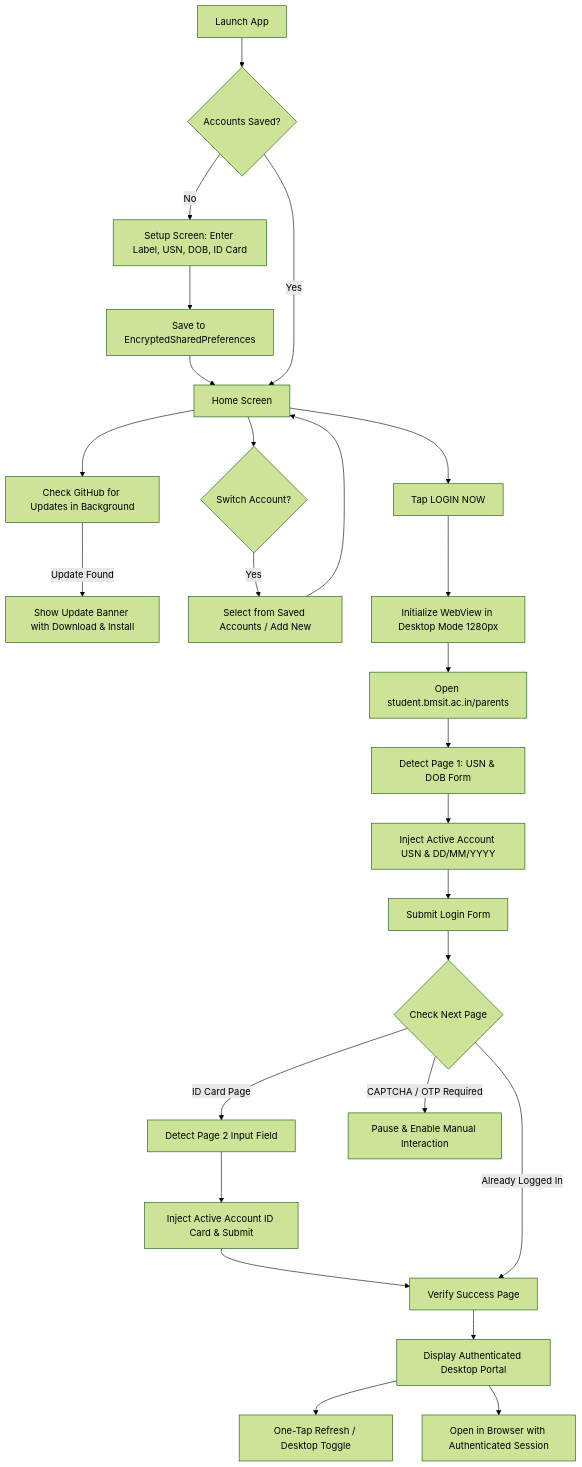
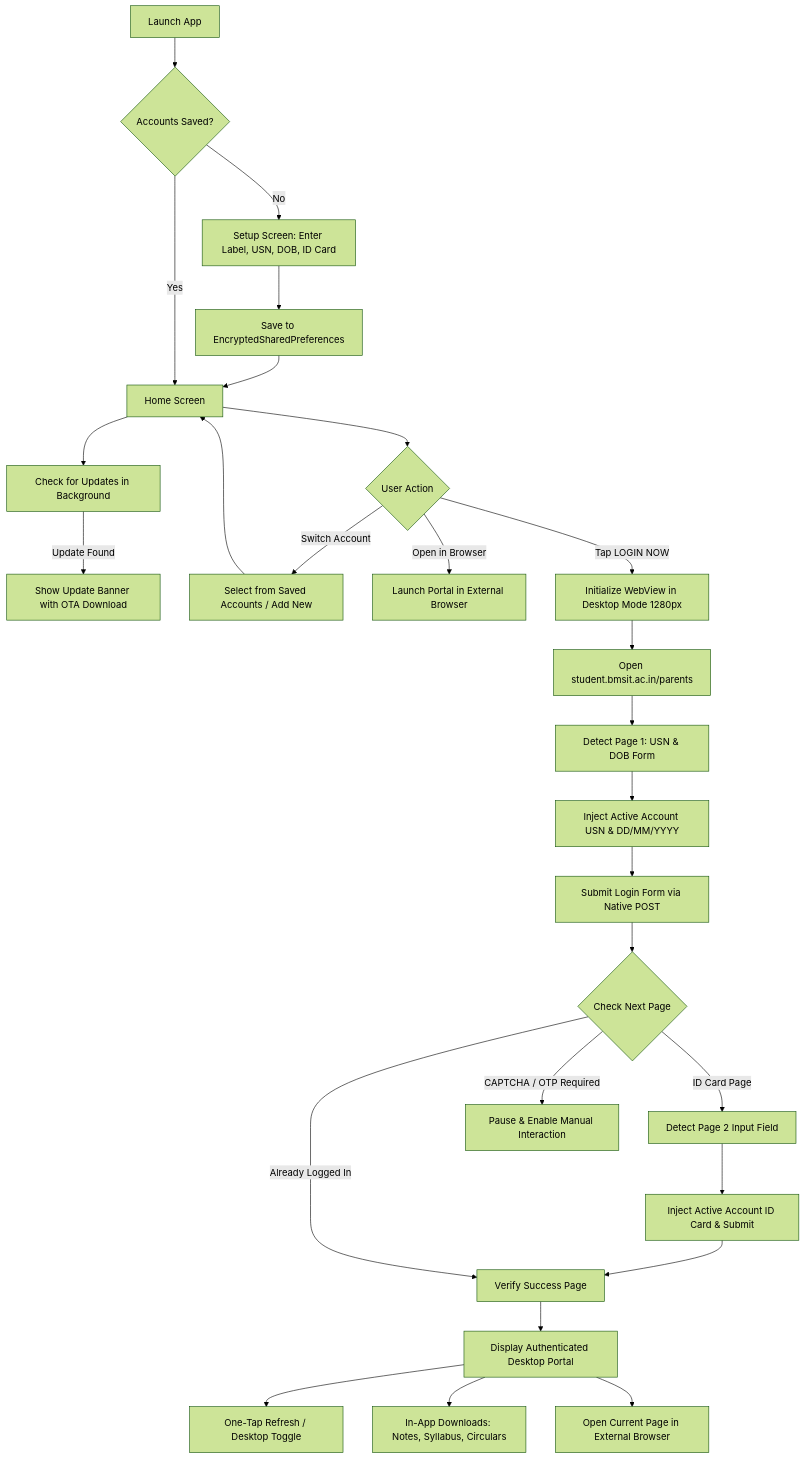
One commit to adityasing9/BMSIT-CP changed the diagram in README.md. Above: the diagram before and after it, drawn with Mermaid (forest theme). The commit also changed other lines of this file, not shown here.

Commit message:
docs: update README with v1.2.3 features, in-app file downloads, browser options, and Play Protect FAQ

````diff
--- a/README.md
+++ b/README.md
@@ -132,35 +140,35 @@
 ```mermaid
 flowchart TD
     A[Launch App] --> B{Accounts Saved?}
     B -- No --> C[Setup Screen: Enter Label, USN, DOB, ID Card]
     C --> D[Save to EncryptedSharedPreferences]
     D --> E[Home Screen]
     B -- Yes --> E[Home Screen]
     
-    E --> F[Check GitHub for Updates in Background]
-    F -- Update Found --> G[Show Update Banner with Download & Install]
+    E --> F[Check for Updates in Background]
+    F -- Update Found --> G[Show Update Banner with OTA Download]
     
-    E --> H{Switch Account?}
-    H -- Yes --> I[Select from Saved Accounts / Add New]
+    E --> H{User Action}
+    H -- Switch Account --> I[Select from Saved Accounts / Add New]
     I --> E
+    H -- Open in Browser --> J[Launch Portal in External Browser]
+    H -- Tap LOGIN NOW --> K[Initialize WebView in Desktop Mode 1280px]
     
-    E --> J[Tap LOGIN NOW]
-    J --> K[Initialize WebView in Desktop Mode 1280px]
     K --> L[Open student.bmsit.ac.in/parents]
-    
     L --> M[Detect Page 1: USN & DOB Form]
     M --> N[Inject Active Account USN & DD/MM/YYYY]
-    N --> O[Submit Login Form]
+    N --> O[Submit Login Form via Native POST]
     
     O --> P{Check Next Page}
     P -- ID Card Page --> Q[Detect Page 2 Input Field]
     Q --> R[Inject Active Account ID Card & Submit]
     R --> S[Verify Success Page]
     
     P -- Already Logged In --> S[Verify Success Page]
     P -- CAPTCHA / OTP Required --> T[Pause & Enable Manual Interaction]
     
     S --> U[Display Authenticated Desktop Portal]
     U --> V[One-Tap Refresh / Desktop Toggle]
-    U --> W[Open in Browser with Authenticated Session]
+    U --> W[In-App Downloads: Notes, Syllabus, Circulars]
+    U --> X[Open Current Page in External Browser]
 ```
````
